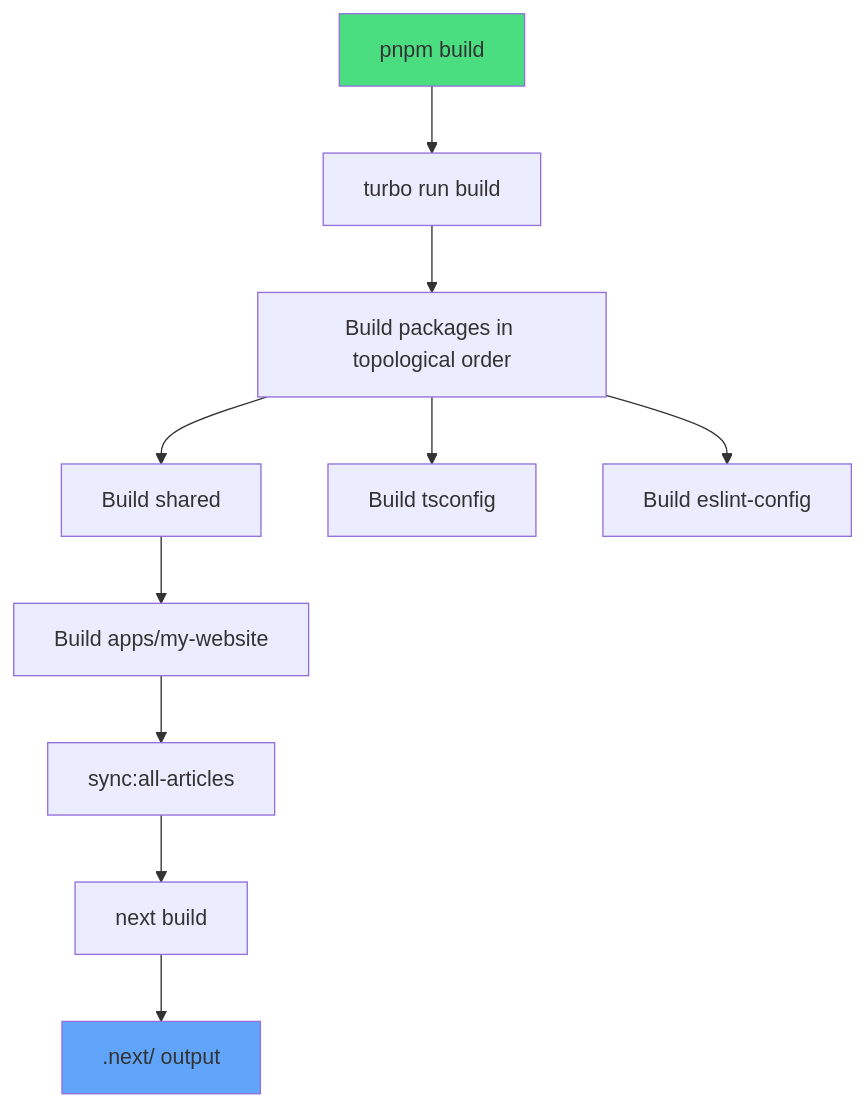
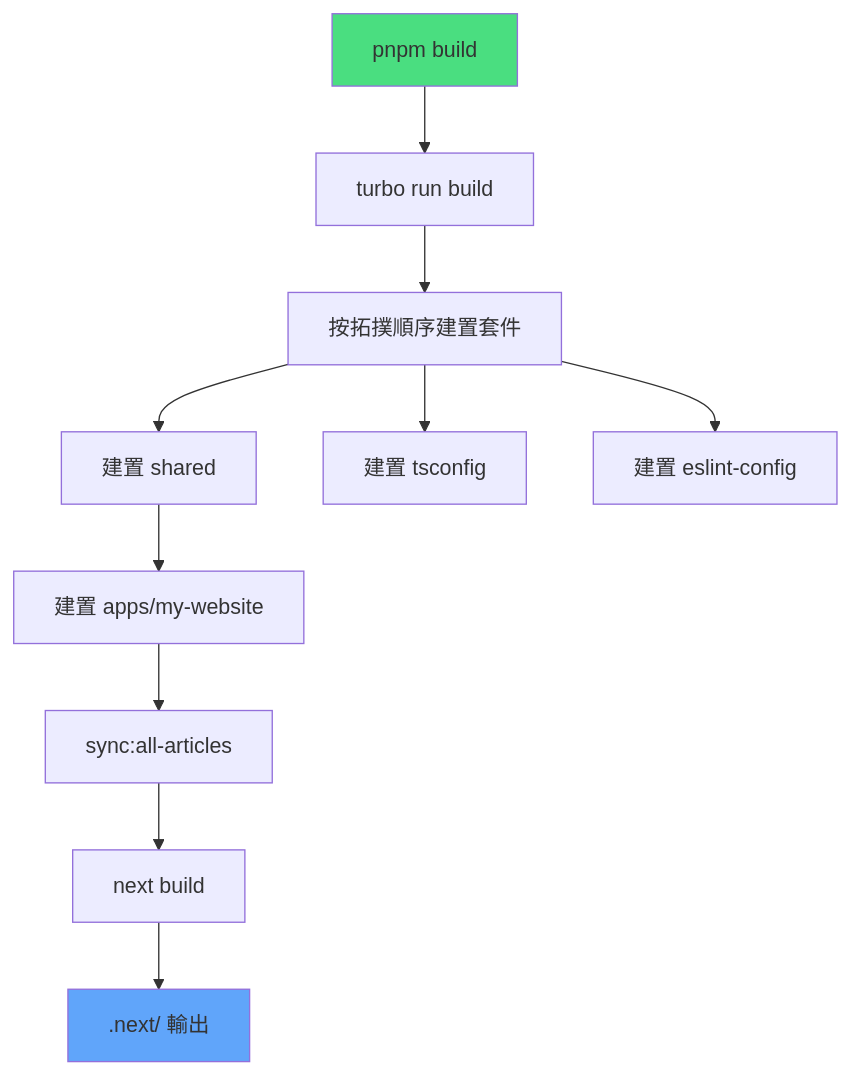
One commit to u88803494/my-website changed the fourth of 11 diagrams in docs/reference/architecture.md. Above: the diagram before and after it, drawn with Mermaid. The commit also changed other lines of this file and 6 other files, not shown here.

````diff
--- a/docs/reference/architecture.md
+++ b/docs/reference/architecture.md
@@ -1099,15 +1098,15 @@
 ```mermaid
 graph TD
     A[pnpm build] --> B[turbo run build]
-    B --> C[Build packages in topological order]
-    C --> D1[Build shared]
-    C --> D2[Build tsconfig]
-    C --> D3[Build eslint-config]
-    D1 --> E[Build apps/my-website]
+    B --> C[按拓撲順序建置套件]
+    C --> D1[建置 shared]
+    C --> D2[建置 tsconfig]
+    C --> D3[建置 eslint-config]
+    D1 --> E[建置 apps/my-website]
     E --> F[sync:all-articles]
     F --> G[next build]
-    G --> H[.next/ output]
+    G --> H[.next/ 輸出]
 
     style A fill:#4ade80
     style H fill:#60a5fa
 ```
````
